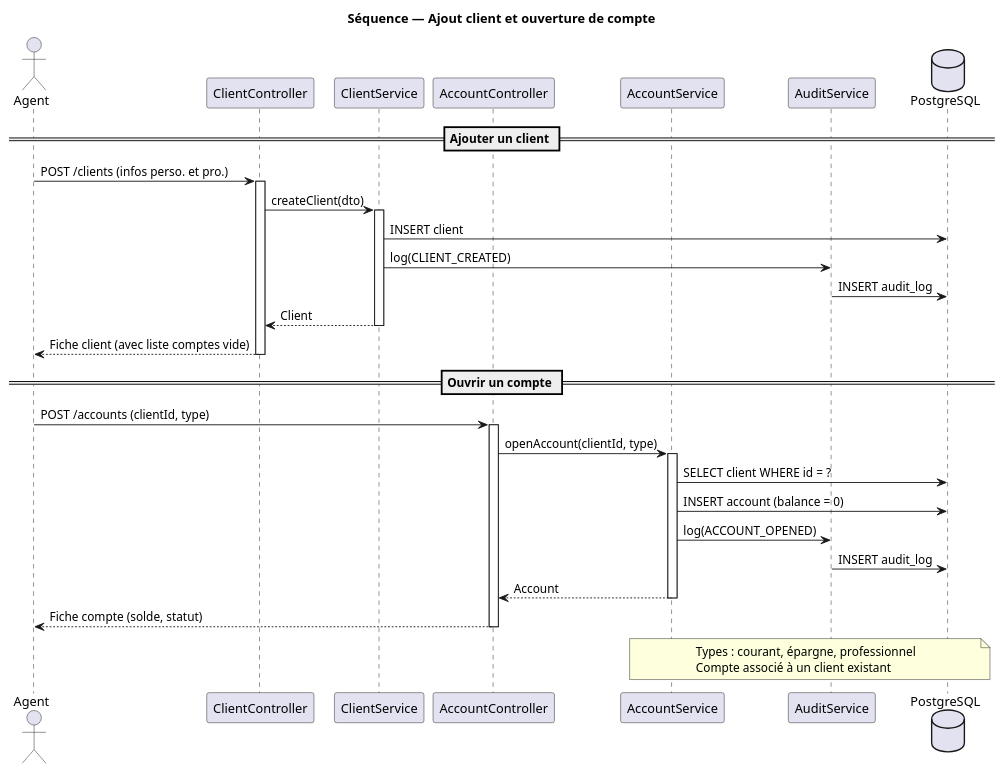
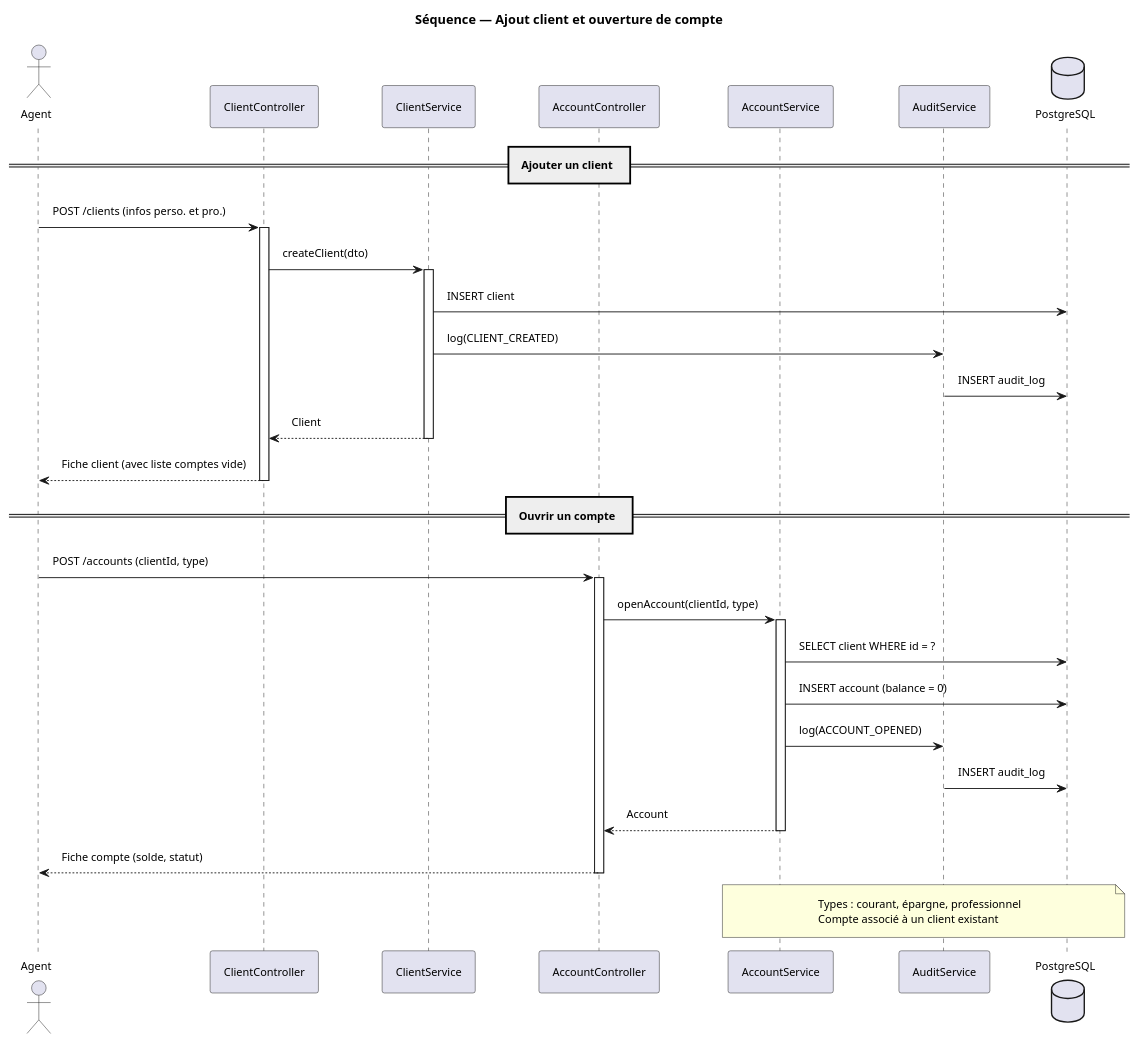
Before and after one commit to aminabensouda106-gif/banque1: the diagram in documentation/uml/sequence/02-creation-client-compte.puml, drawn with PlantUML. The commit also changed 95 other files, not shown here.

```diff
--- a/documentation/uml/sequence/02-creation-client-compte.puml
+++ b/documentation/uml/sequence/02-creation-client-compte.puml
@@ -1,49 +1,55 @@
 @startuml 02-creation-client-compte
 skinparam shadowing false
 skinparam responseMessageBelowArrow true
+skinparam defaultFontSize 12
+skinparam ArrowFontSize 12
+skinparam ParticipantPadding 30
+skinparam ParticipantMargin 20
+skinparam BoxPadding 12
+skinparam Padding 8
 
 title Séquence — Ajout client et ouverture de compte
 
 actor Agent
 participant "ClientController" as CC
 participant "ClientService" as CS
 participant "AccountController" as AC
 participant "AccountService" as AS
 participant "AuditService" as AUD
 database "PostgreSQL" as DB
 
 == Ajouter un client ==
 
 Agent -> CC : POST /clients (infos perso. et pro.)
 activate CC
 CC -> CS : createClient(dto)
 activate CS
 CS -> DB : INSERT client
 CS -> AUD : log(CLIENT_CREATED)
 AUD -> DB : INSERT audit_log
 CS --> CC : Client
 deactivate CS
 CC --> Agent : Fiche client (avec liste comptes vide)
 deactivate CC
 
 == Ouvrir un compte ==
 
 Agent -> AC : POST /accounts (clientId, type)
 activate AC
 AC -> AS : openAccount(clientId, type)
 activate AS
 AS -> DB : SELECT client WHERE id = ?
 AS -> DB : INSERT account (balance = 0)
 AS -> AUD : log(ACCOUNT_OPENED)
 AUD -> DB : INSERT audit_log
 AS --> AC : Account
 deactivate AS
 AC --> Agent : Fiche compte (solde, statut)
 deactivate AC
 
 note over AS, DB
   Types : courant, épargne, professionnel
   Compte associé à un client existant
 end note
 
 @enduml
```
